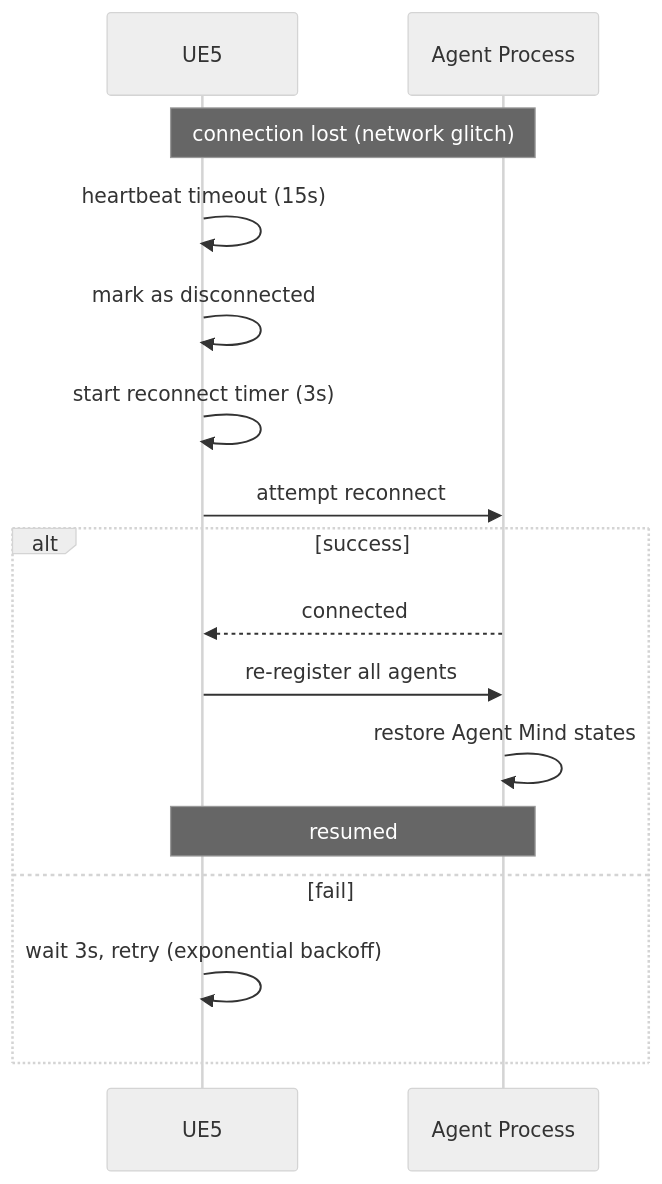
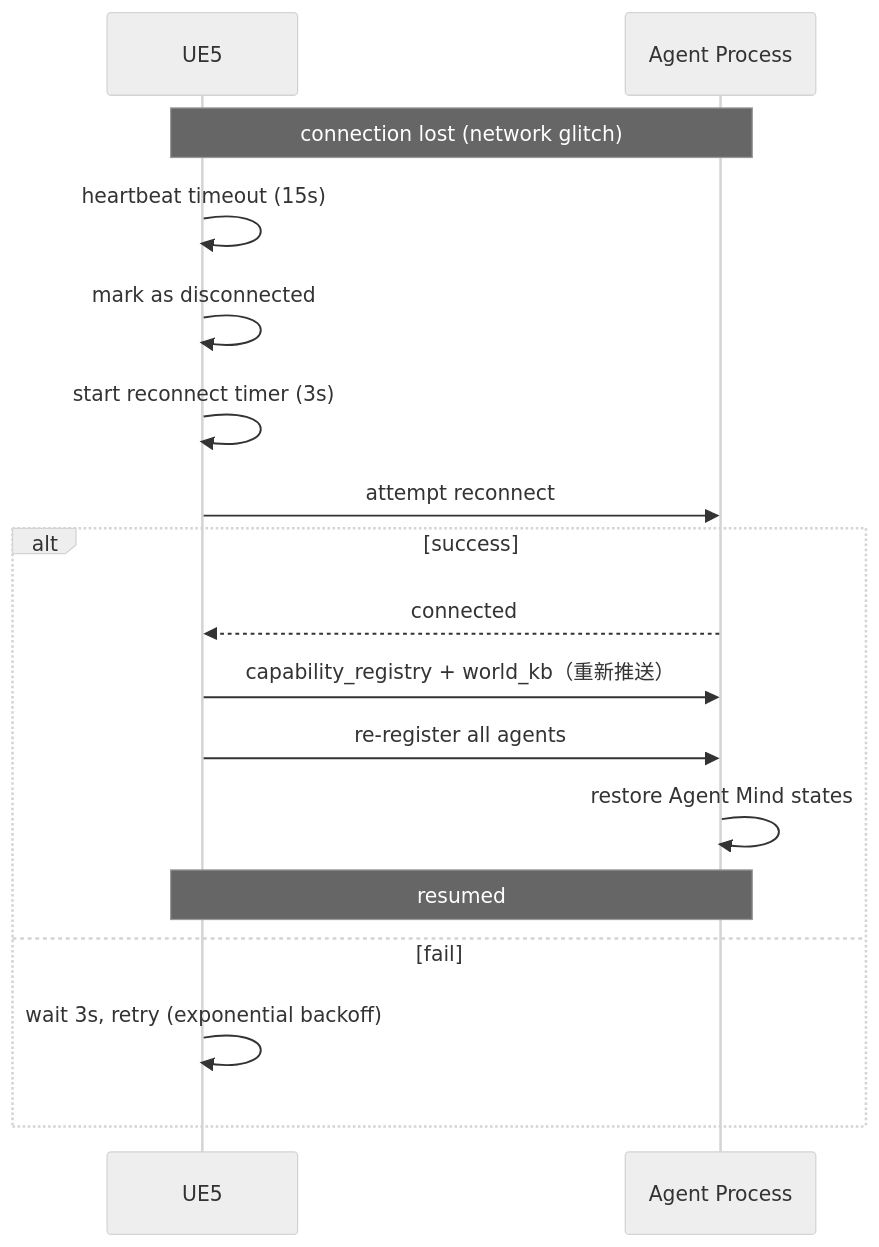
The ninth of 10 diagrams in docs/AgentTown_CommProtocol_Values.md (yitian-chen/SmartNPC), drawn with Mermaid (neutral theme) before and after one commit. The commit also changed other lines of this file and 3 other files, not shown here.

````diff
--- a/docs/AgentTown_CommProtocol_Values.md
+++ b/docs/AgentTown_CommProtocol_Values.md
@@ -885,21 +1164,22 @@
 ```mermaid
 sequenceDiagram
     participant UE as UE5
     participant Agent as Agent Process
 
     Note over UE,Agent: connection lost (network glitch)
 
     UE->>UE: heartbeat timeout (15s)
     UE->>UE: mark as disconnected
     UE->>UE: start reconnect timer (3s)
 
     UE->>Agent: attempt reconnect
     alt success
         Agent-->>UE: connected
+        UE->>Agent: capability_registry + world_kb（重新推送）
         UE->>Agent: re-register all agents
         Agent->>Agent: restore Agent Mind states
         Note over UE,Agent: resumed
     else fail
         UE->>UE: wait 3s, retry (exponential backoff)
     end
 ```
````
